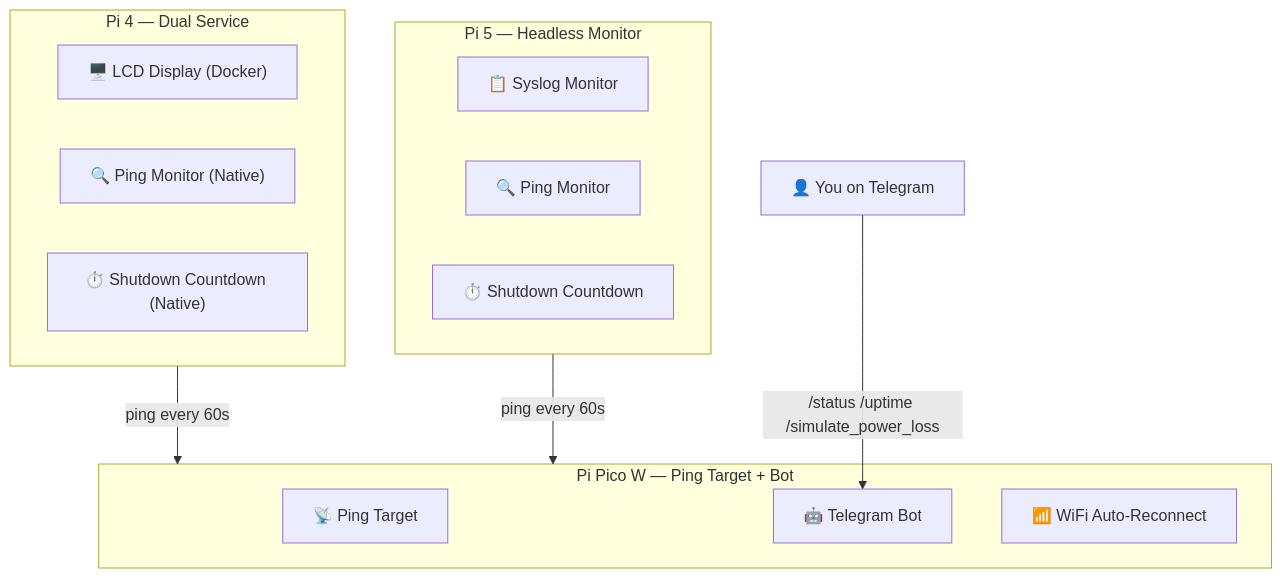
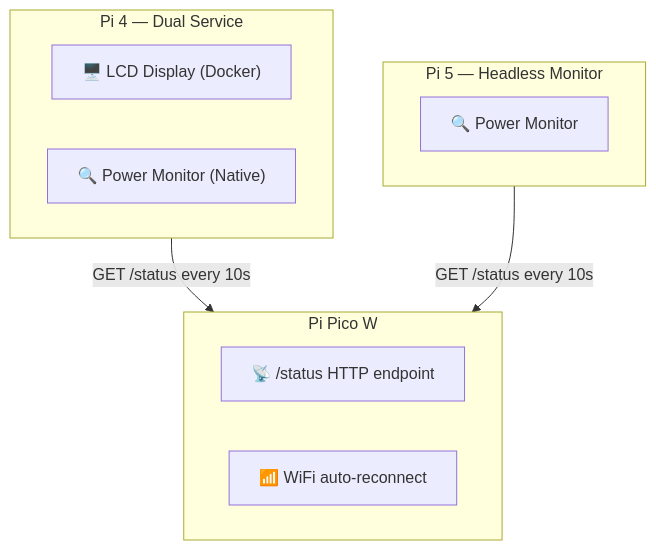
Before and after one commit to sagniKdas53/home-mesh: the first of 2 diagrams in README.md, drawn with Mermaid. The commit also changed other lines of this file and 12 other files, not shown here.

First line of the commit message:
Replace Telegram bot with a lightweight HTTP status endpoint

````diff
--- a/README.md
+++ b/README.md
@@ -7,27 +14,19 @@
 ```mermaid
 graph TD
-    subgraph PICO["Pi Pico W — Ping Target + Bot"]
-        P1["📡 Ping Target"]
-        P2["🤖 Telegram Bot"]
-        P4["📶 WiFi Auto-Reconnect"]
+    subgraph PICO["Pi Pico W"]
+        P1["📡 /status HTTP endpoint"]
+        P4["📶 WiFi auto-reconnect"]
     end
 
     subgraph PI4["Pi 4 — Dual Service"]
         L1["🖥️ LCD Display (Docker)"]
-        L2["🔍 Ping Monitor (Native)"]
-        L4["⏱️ Shutdown Countdown (Native)"]
+        L2["🔍 Power Monitor (Native)"]
     end
 
     subgraph PI5["Pi 5 — Headless Monitor"]
-        H1["📋 Syslog Monitor"]
-        H2["🔍 Ping Monitor"]
-        H4["⏱️ Shutdown Countdown"]
+        H2["🔍 Power Monitor"]
     end
 
-    USER["👤 You on Telegram"]
-
-    PI4 -- "ping every 60s" --> PICO
-    PI5 -- "ping every 60s" --> PICO
-
-    USER -- "/status /uptime /simulate_power_loss" --> P2
+    PI4 -- "GET /status every 10s" --> PICO
+    PI5 -- "GET /status every 10s" --> PICO
 ```
````
